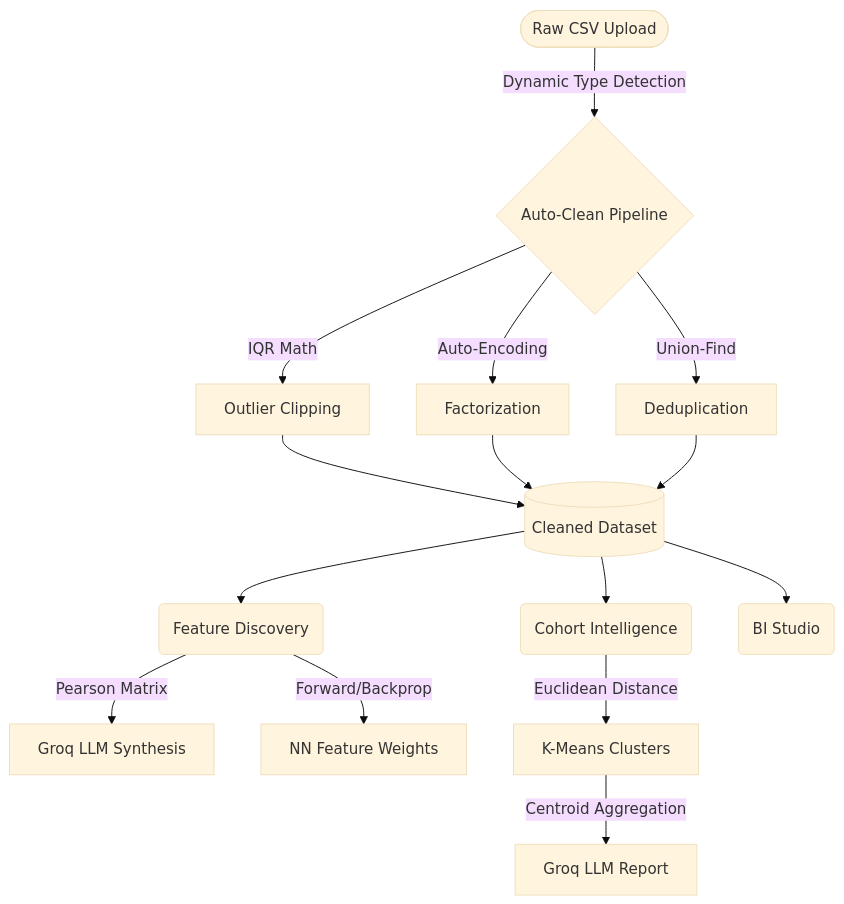
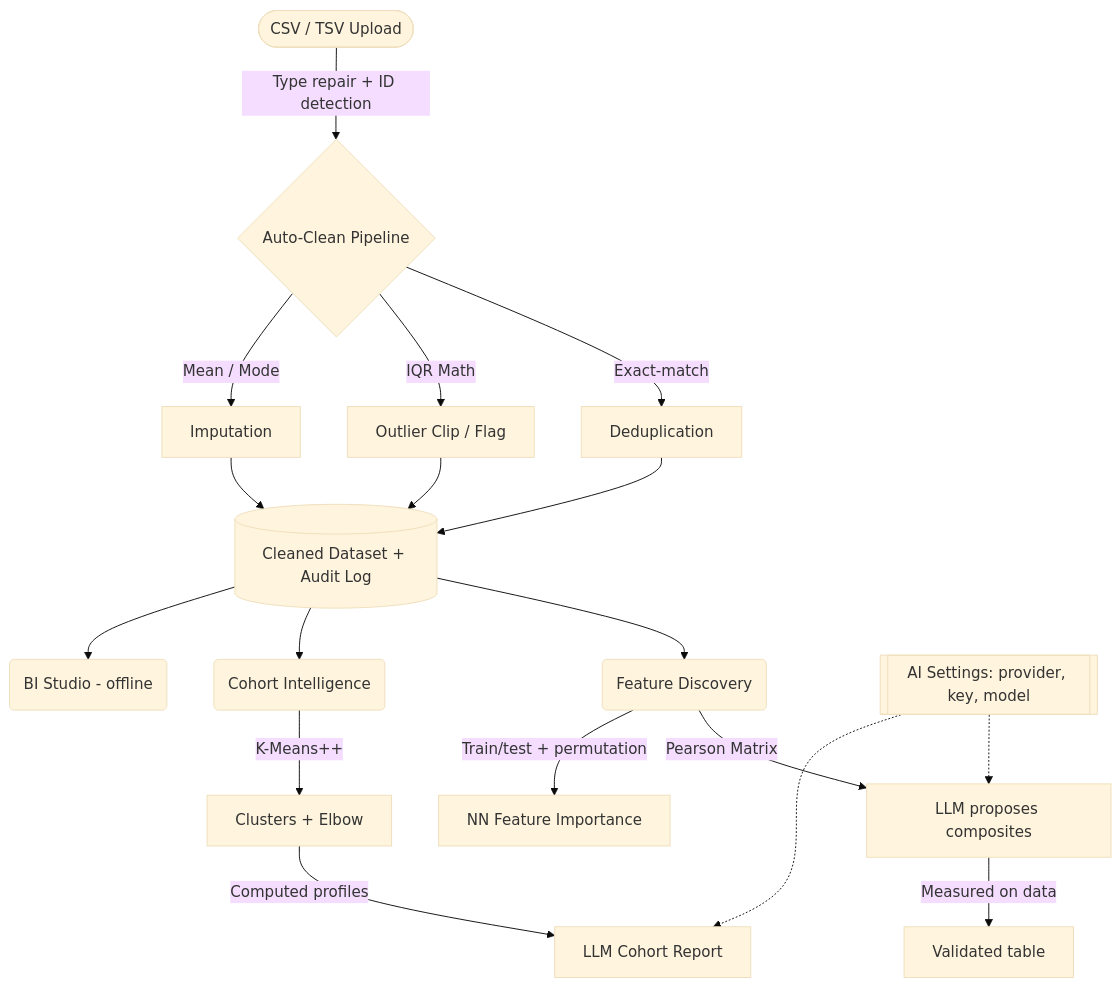
One commit to sheetalll28/data-insight-agent changed the second of 2 diagrams in README.md. Above: the diagram before and after it, drawn with Mermaid (base theme). The commit also changed other lines of this file and 23 other files, not shown here.

Commit message:
Finalise: BYOK multi-LLM, honest evaluation, UI redesign, TSV support, tests

````diff
--- a/README.md
+++ b/README.md
@@ -58,21 +78,25 @@
 ```mermaid
 flowchart TD
-    A([Raw CSV Upload]) --> |"Dynamic Type Detection"| B{Auto-Clean Pipeline}
-    B --> |"IQR Math"| C[Outlier Clipping]
-    B --> |"Auto-Encoding"| D[Factorization]
-    B --> |"Union-Find"| E[Deduplication]
+    A([CSV / TSV Upload]) --> |"Type repair + ID detection"| B{Auto-Clean Pipeline}
+    B --> |"Exact-match"| E[Deduplication]
+    B --> |"IQR Math"| C[Outlier Clip / Flag]
+    B --> |"Mean / Mode"| D[Imputation]
     
-    C --> Cleaned[(Cleaned Dataset)]
+    C --> Cleaned[(Cleaned Dataset + Audit Log)]
     D --> Cleaned
     E --> Cleaned
     
     Cleaned --> F(Feature Discovery)
     Cleaned --> G(Cohort Intelligence)
-    Cleaned --> H(BI Studio)
+    Cleaned --> H(BI Studio - offline)
     
-    F --> |"Pearson Matrix"| I[Groq LLM Synthesis]
-    F --> |"Forward/Backprop"| J[NN Feature Weights]
+    F --> |"Pearson Matrix"| I[LLM proposes composites]
+    I --> |"Measured on data"| I2[Validated table]
+    F --> |"Train/test + permutation"| J[NN Feature Importance]
     
-    G --> |"Euclidean Distance"| K[K-Means Clusters]
-    K --> |"Centroid Aggregation"| L[Groq LLM Report]
+    G --> |"K-Means++"| K[Clusters + Elbow]
+    K --> |"Computed profiles"| L[LLM Cohort Report]
+
+    S[[AI Settings: provider, key, model]] -.-> I
+    S -.-> L
 ```
````
